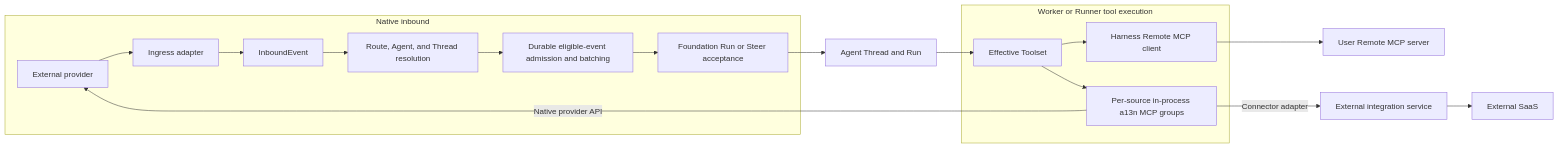
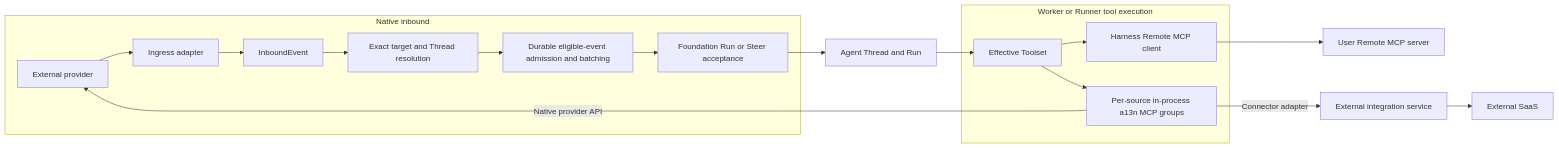
Before and after one commit to LTThreeComma/agent-foundation: the diagram in spec/foundation-service/40-connectivity/00-overview.md, drawn with Mermaid. The commit also changed other lines of this file and 139 other files, not shown here.

````diff
--- a/spec/foundation-service/40-connectivity/00-overview.md
+++ b/spec/foundation-service/40-connectivity/00-overview.md
@@ -71,25 +68,25 @@
 ```mermaid
 flowchart LR
     subgraph Inbound[Native inbound]
         Provider[External provider] --> IngressAdapter[Ingress adapter]
         IngressAdapter --> Event[InboundEvent]
-        Event --> Route[Route, Agent, and Thread resolution]
+        Event --> Route[Exact target and Thread resolution]
         Route --> Admission[Durable eligible-event admission and batching]
         Admission --> Input[Foundation Run or Steer acceptance]
     end
 
     Input --> Run[Agent Thread and Run]
 
     subgraph AgentTools[Worker or Runner tool execution]
         Toolset[Effective Toolset]
         A13nMCP[Per-source in-process a13n MCP groups]
         RemoteClient[Harness Remote MCP client]
         Toolset --> A13nMCP
         Toolset --> RemoteClient
     end
 
     Run --> Toolset
     RemoteClient --> RemoteMCP[User Remote MCP server]
     A13nMCP -->|Native provider API| Provider
     A13nMCP -->|Connector adapter| ConnectorService[External integration service] --> SaaS[External SaaS]
 ```
````
